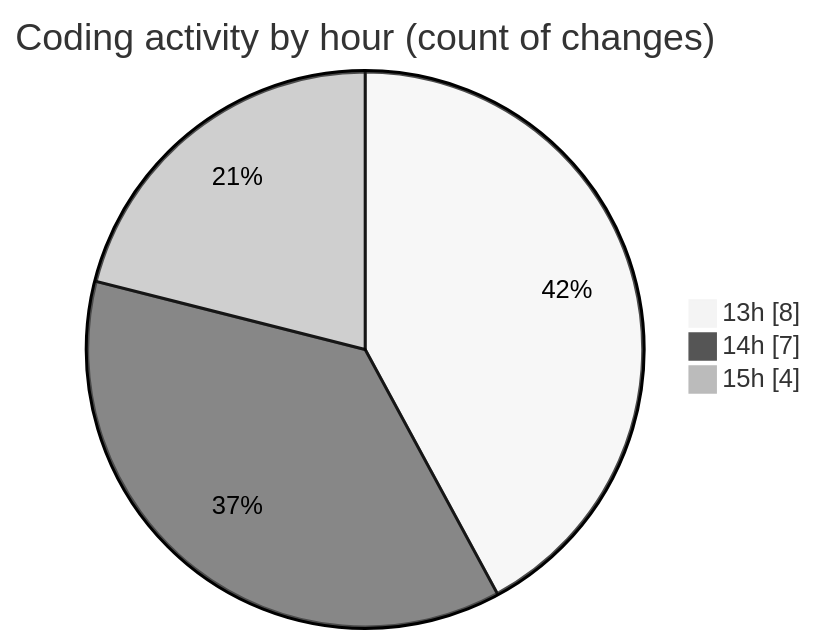
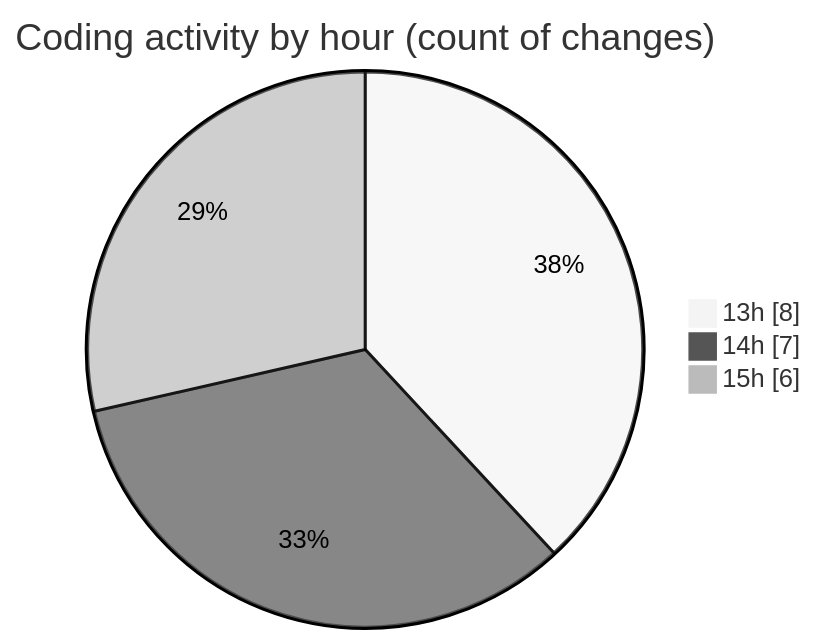
One commit to BS-eng2023/code-tracking changed the second of 2 diagrams in 2025-04-03/jsvms/README.md. Above: the diagram before and after it, drawn with Mermaid (neutral theme). The commit also changed other lines of this file and 1 other file, not shown here.

````diff
--- a/2025-04-03/jsvms/README.md
+++ b/2025-04-03/jsvms/README.md
@@ -35,7 +36,7 @@
 ```mermaid
 pie showData
 title Coding activity by hour (count of changes)
 "13h" : 8
 "14h" : 7
-"15h" : 4
+"15h" : 6
 ```
````
